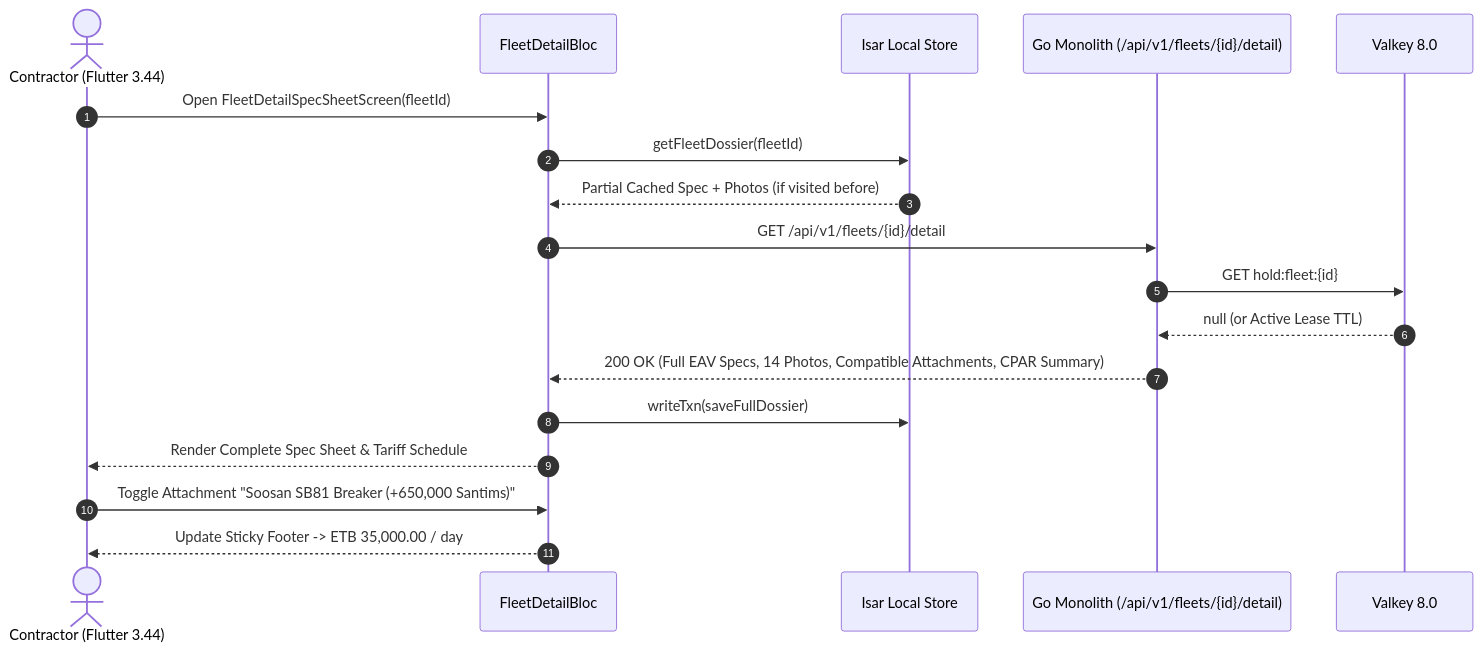
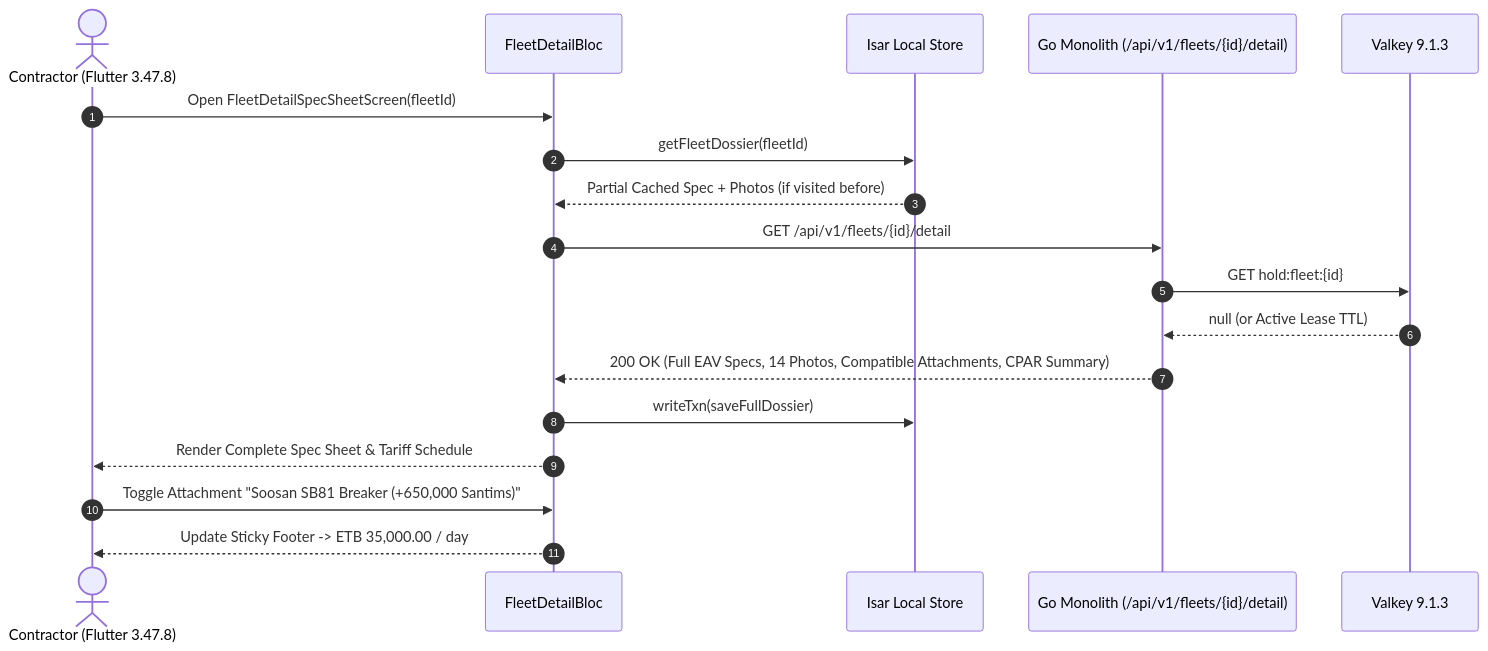
Before and after one commit to YDink/Heavy-Machinery-Logistics-Rental: the second of 2 diagrams in docs/mobile/renter-experience/04-fleet-detail-spec-sheet.md, drawn with Mermaid. The commit also changed other lines of this file and 212 other files, not shown here.

````diff
--- a/docs/mobile/renter-experience/04-fleet-detail-spec-sheet.md
+++ b/docs/mobile/renter-experience/04-fleet-detail-spec-sheet.md
@@ -127,21 +127,21 @@
 ```mermaid
 sequenceDiagram
     autonumber
-    actor Renter as Contractor (Flutter 3.44)
+    actor Renter as Contractor (Flutter 3.47.8)
     participant DossierBloc as FleetDetailBloc
     participant Isar as Isar Local Store
     participant API as Go Monolith (/api/v1/fleets/{id}/detail)
-    participant Valkey as Valkey 8.0
+    participant Valkey as Valkey 9.1.3
 
     Renter->>DossierBloc: Open FleetDetailSpecSheetScreen(fleetId)
     DossierBloc->>Isar: getFleetDossier(fleetId)
     Isar-->>DossierBloc: Partial Cached Spec + Photos (if visited before)
     DossierBloc->>API: GET /api/v1/fleets/{id}/detail
     API->>Valkey: GET hold:fleet:{id}
     Valkey-->>API: null (or Active Lease TTL)
     API-->>DossierBloc: 200 OK (Full EAV Specs, 14 Photos, Compatible Attachments, CPAR Summary)
     DossierBloc->>Isar: writeTxn(saveFullDossier)
     DossierBloc-->>Renter: Render Complete Spec Sheet & Tariff Schedule
     Renter->>DossierBloc: Toggle Attachment "Soosan SB81 Breaker (+650,000 Santims)"
     DossierBloc-->>Renter: Update Sticky Footer -> ETB 35,000.00 / day
 ```
````
